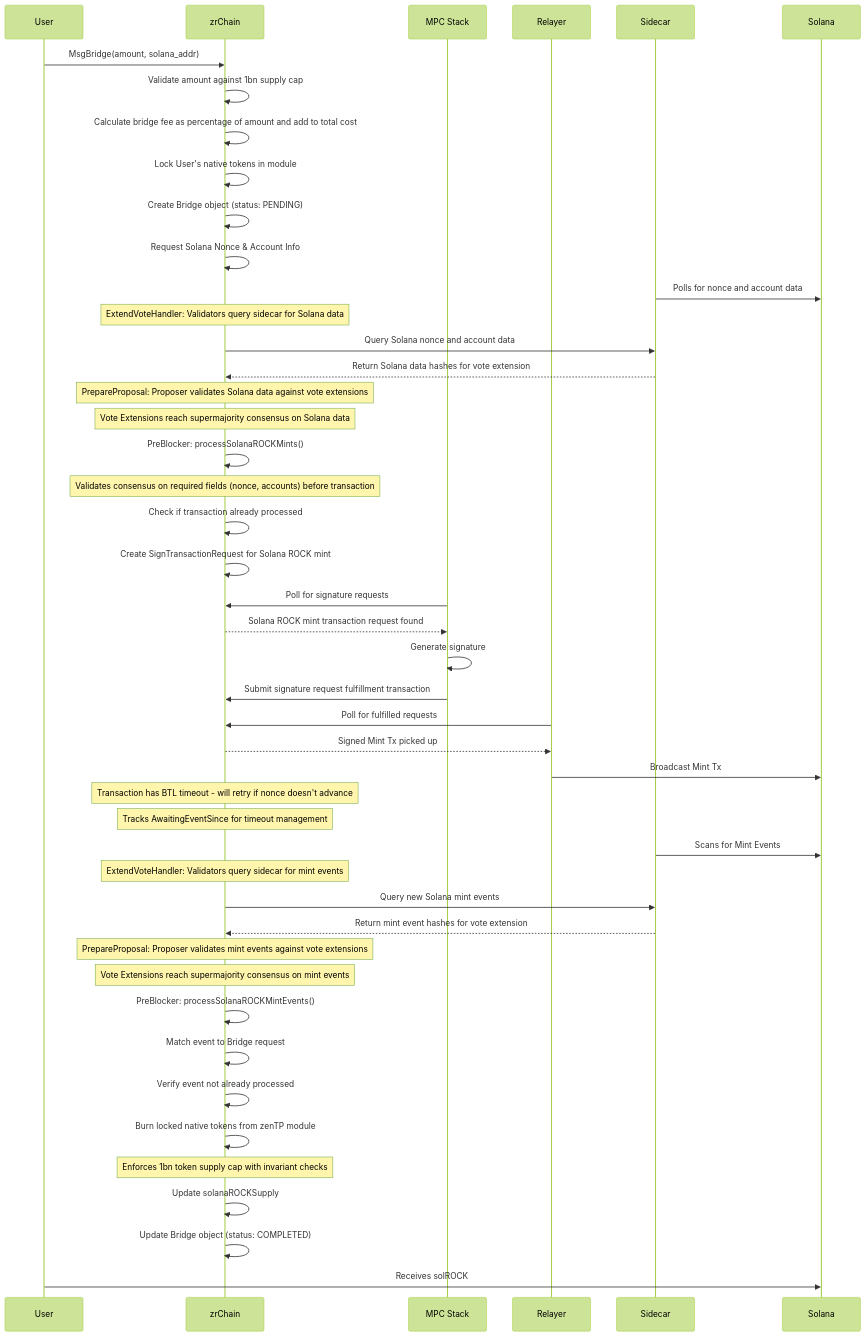
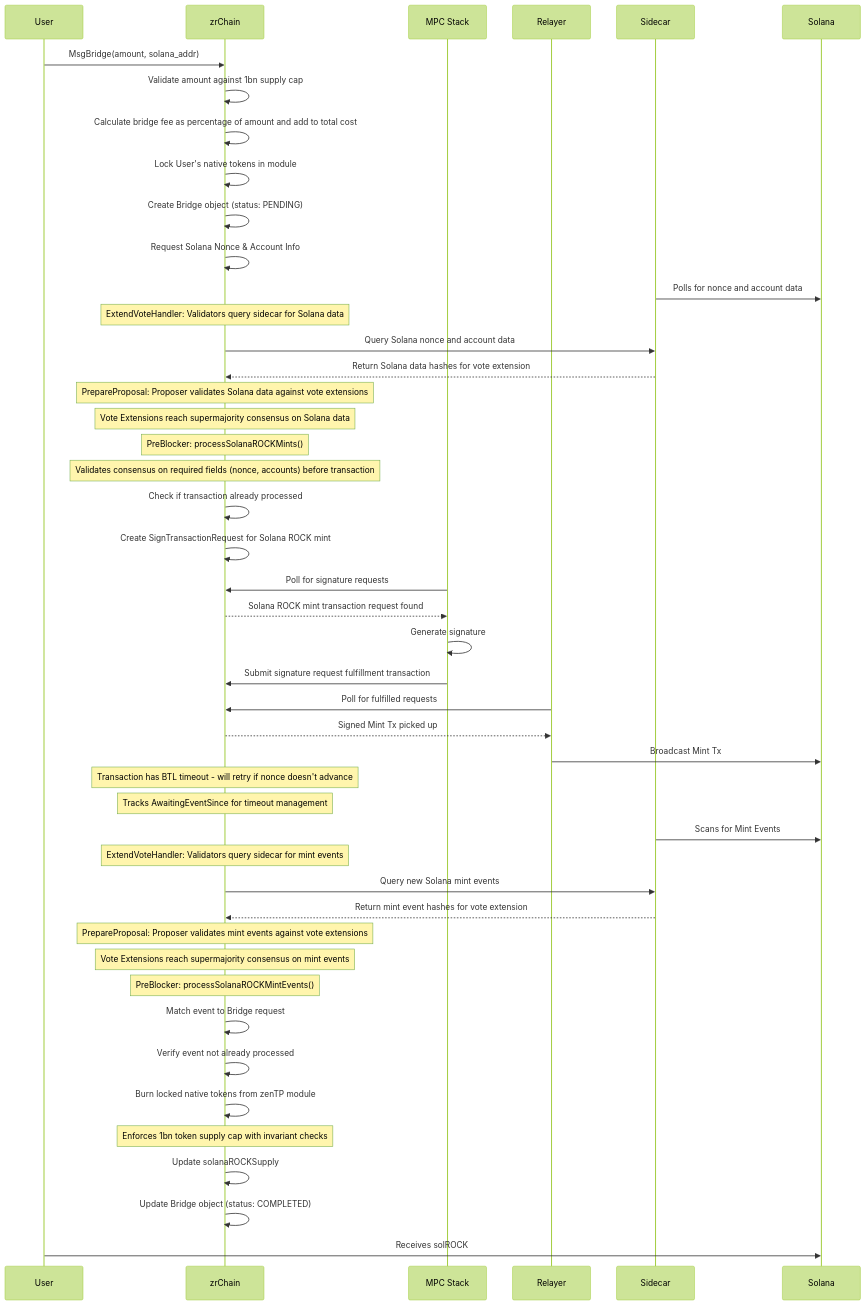
Before and after one commit to zenrocklabs/zrchain: the third of 4 diagrams in docs/README.md, drawn with Mermaid (forest theme). The commit also changed other lines of this file, not shown here.

````diff
--- a/docs/README.md
+++ b/docs/README.md
@@ -317,51 +317,51 @@
 ```mermaid
 sequenceDiagram
     participant User
     participant zrChain
     participant MPC Stack
     participant Relayer
     participant Sidecar
     participant Solana
 
     User->>zrChain: MsgBridge(amount, solana_addr)
     zrChain->>zrChain: Validate amount against 1bn supply cap
     zrChain->>zrChain: Calculate bridge fee as percentage of amount and add to total cost
     zrChain->>zrChain: Lock User's native tokens in module
     zrChain->>zrChain: Create Bridge object (status: PENDING)
     zrChain->>zrChain: Request Solana Nonce & Account Info
 
     Sidecar->>Solana: Polls for nonce and account data
     Note over zrChain: ExtendVoteHandler: Validators query sidecar for Solana data
     zrChain->>Sidecar: Query Solana nonce and account data
     Sidecar-->>zrChain: Return Solana data hashes for vote extension
     Note over zrChain: PrepareProposal: Proposer validates Solana data against vote extensions
     Note over zrChain: Vote Extensions reach supermajority consensus on Solana data
-    zrChain->>zrChain: PreBlocker: processSolanaROCKMints()
+    Note over zrChain: PreBlocker: processSolanaROCKMints()
     Note over zrChain: Validates consensus on required fields (nonce, accounts) before transaction
     zrChain->>zrChain: Check if transaction already processed
     zrChain->>zrChain: Create SignTransactionRequest for Solana ROCK mint
     MPC Stack->>zrChain: Poll for signature requests
     zrChain-->>MPC Stack: Solana ROCK mint transaction request found
     MPC Stack->>MPC Stack: Generate signature
     MPC Stack->>zrChain: Submit signature request fulfillment transaction
     Relayer->>zrChain: Poll for fulfilled requests
     zrChain-->>Relayer: Signed Mint Tx picked up
     Relayer->>Solana: Broadcast Mint Tx
     Note over zrChain: Transaction has BTL timeout - will retry if nonce doesn't advance
     Note over zrChain: Tracks AwaitingEventSince for timeout management
 
     Sidecar->>Solana: Scans for Mint Events
     Note over zrChain: ExtendVoteHandler: Validators query sidecar for mint events
     zrChain->>Sidecar: Query new Solana mint events
     Sidecar-->>zrChain: Return mint event hashes for vote extension
     Note over zrChain: PrepareProposal: Proposer validates mint events against vote extensions
     Note over zrChain: Vote Extensions reach supermajority consensus on mint events
-    zrChain->>zrChain: PreBlocker: processSolanaROCKMintEvents()
+    Note over zrChain: PreBlocker: processSolanaROCKMintEvents()
     zrChain->>zrChain: Match event to Bridge request
     zrChain->>zrChain: Verify event not already processed
     zrChain->>zrChain: Burn locked native tokens from zenTP module
     Note over zrChain: Enforces 1bn token supply cap with invariant checks
     zrChain->>zrChain: Update solanaROCKSupply
     zrChain->>zrChain: Update Bridge object (status: COMPLETED)
     User->>Solana: Receives solROCK
 ```
````
